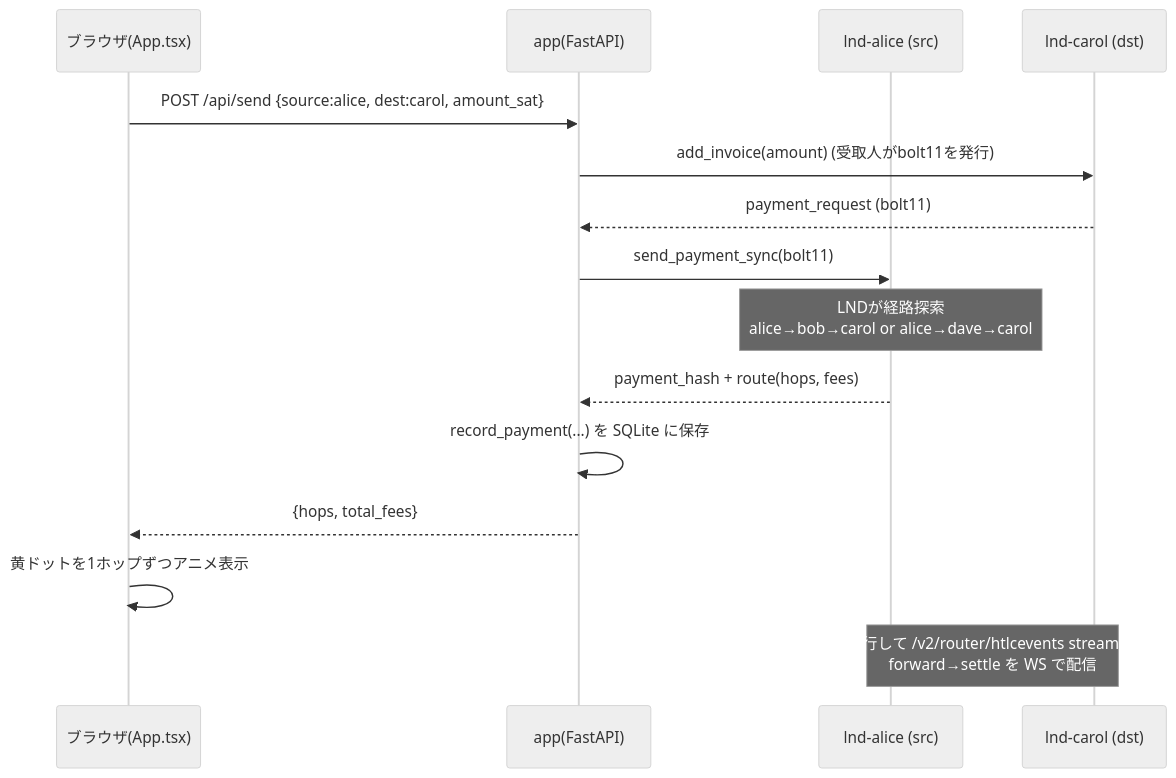
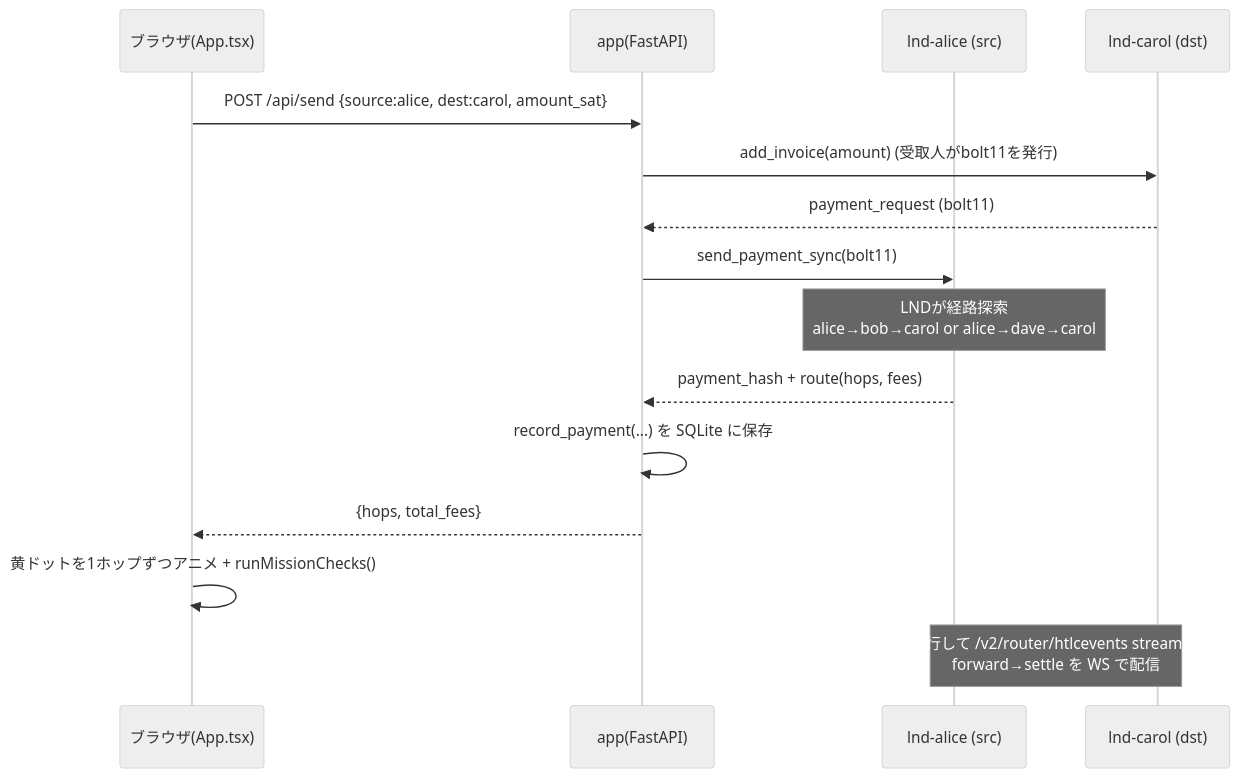
Before and after one commit to 1minami/ln-channel-visualizer: the second of 4 diagrams in EXPLANATION.md, drawn with Mermaid (neutral theme). The commit also changed other lines of this file, not shown here.

````diff
--- a/EXPLANATION.md
+++ b/EXPLANATION.md
@@ -67,18 +71,18 @@
 ```mermaid
 sequenceDiagram
   participant U as ブラウザ(App.tsx)
   participant A as app(FastAPI)
   participant Sc as lnd-alice (src)
   participant Dc as lnd-carol (dst)
 
   U->>A: POST /api/send {source:alice, dest:carol, amount_sat}
   A->>Dc: add_invoice(amount)  (受取人がbolt11を発行)
   Dc-->>A: payment_request (bolt11)
   A->>Sc: send_payment_sync(bolt11)
   Note over Sc: LNDが経路探索<br/>alice→bob→carol or alice→dave→carol
   Sc-->>A: payment_hash + route(hops, fees)
   A->>A: record_payment(...) を SQLite に保存
   A-->>U: {hops, total_fees}
-  U->>U: 黄ドットを1ホップずつアニメ表示
+  U->>U: 黄ドットを1ホップずつアニメ + runMissionChecks()
   Note over Sc,Dc: 並行して /v2/router/htlcevents stream が<br/>forward→settle を WS で配信
 ```
````
